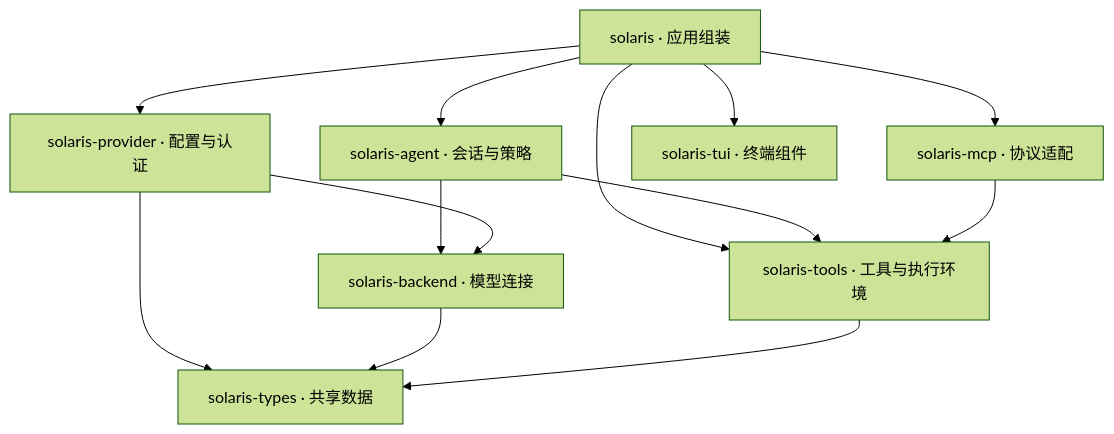
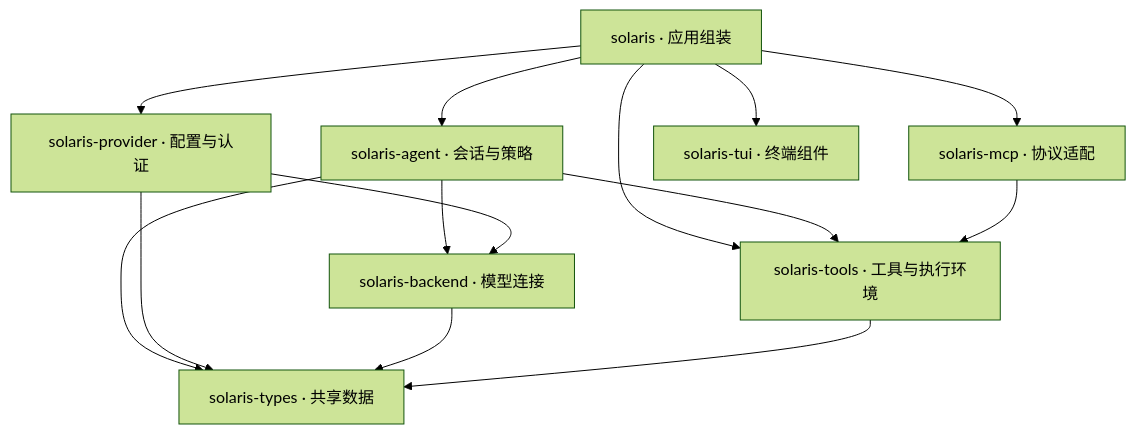
Before and after one commit to zephyraluco/solaris: the first of 2 diagrams in docs/ARCHITECTURE.md, drawn with Mermaid (forest theme). The commit also changed other lines of this file and 46 other files, not shown here.

````diff
--- a/docs/ARCHITECTURE.md
+++ b/docs/ARCHITECTURE.md
@@ -9,15 +9,16 @@
 ```mermaid
 graph TD
     app[solaris · 应用组装] --> agent[solaris-agent · 会话与策略]
     app --> provider[solaris-provider · 配置与认证]
     app --> tools[solaris-tools · 工具与执行环境]
     app --> mcp[solaris-mcp · 协议适配]
     app --> tui[solaris-tui · 终端组件]
     agent --> backend[solaris-backend · 模型连接]
     agent --> tools
+    agent --> types
     provider --> backend
     provider --> types[solaris-types · 共享数据]
     backend --> types
     tools --> types
     mcp --> tools
 ```
````
